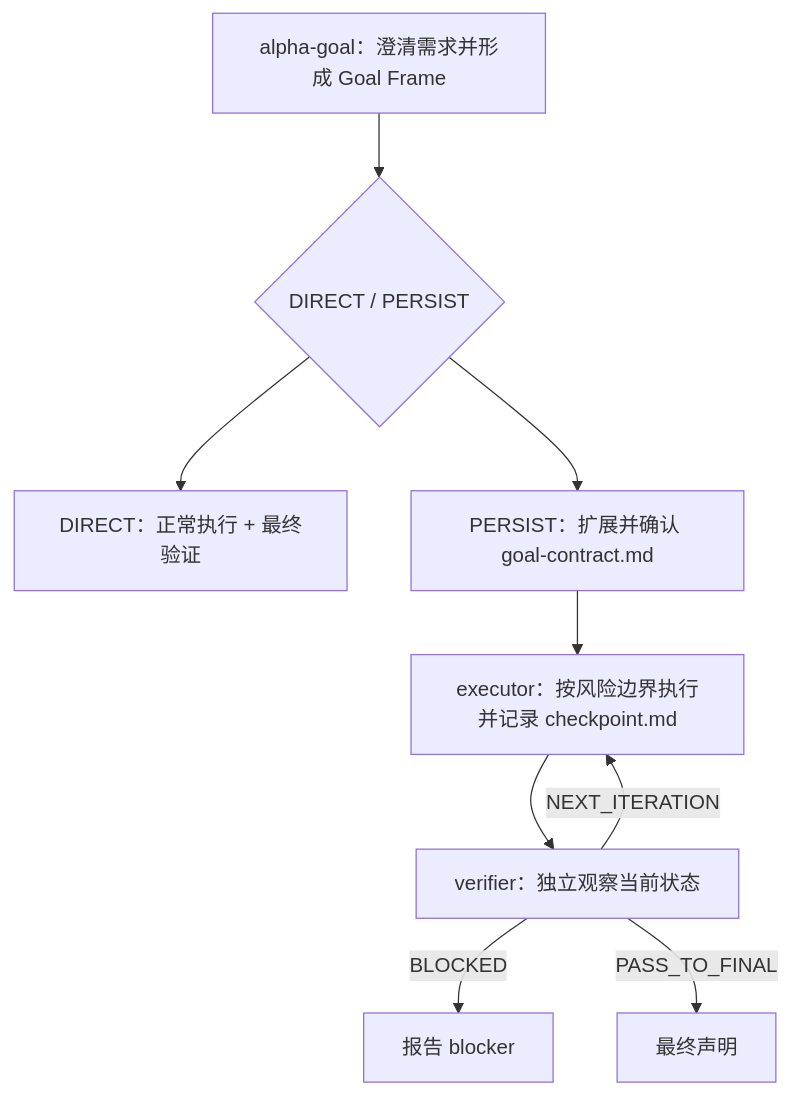
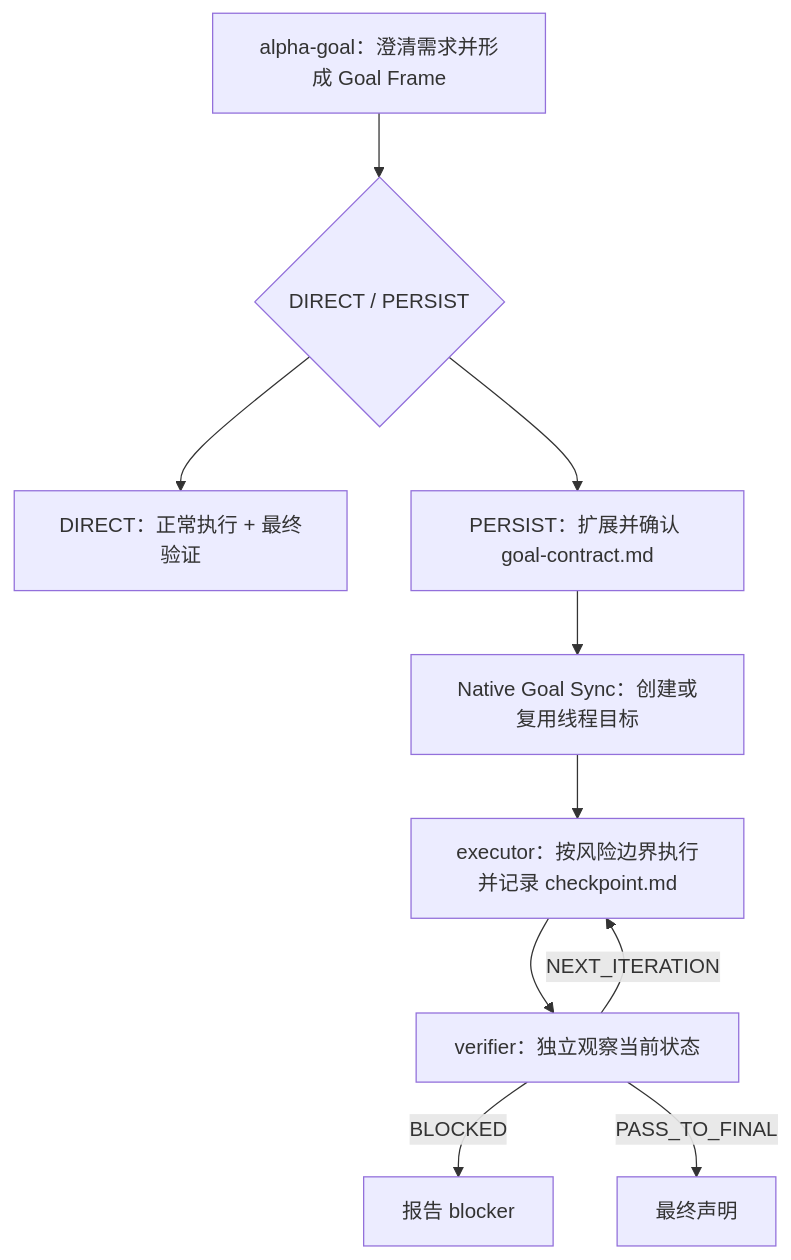
The diagram in README.md (azhonglee/alpha-goal), drawn with Mermaid before and after one commit. The commit also changed other lines of this file and 12 other files, not shown here.

First line of the commit message:
Restore native goal synchronization (#75)

````diff
--- a/README.md
+++ b/README.md
@@ -42,11 +42,12 @@
 ```mermaid
 flowchart TD
   A["alpha-goal：澄清需求并形成 Goal Frame"] --> R{"DIRECT / PERSIST"}
   R --> D["DIRECT：正常执行 + 最终验证"]
   R --> P["PERSIST：扩展并确认 goal-contract.md"]
-  P --> E["executor：按风险边界执行并记录 checkpoint.md"]
+  P --> S["Native Goal Sync：创建或复用线程目标"]
+  S --> E["executor：按风险边界执行并记录 checkpoint.md"]
   E --> V["verifier：独立观察当前状态"]
   V -->|"NEXT_ITERATION"| E
   V -->|"BLOCKED"| B["报告 blocker"]
   V -->|"PASS_TO_FINAL"| F["最终声明"]
 ```
````
